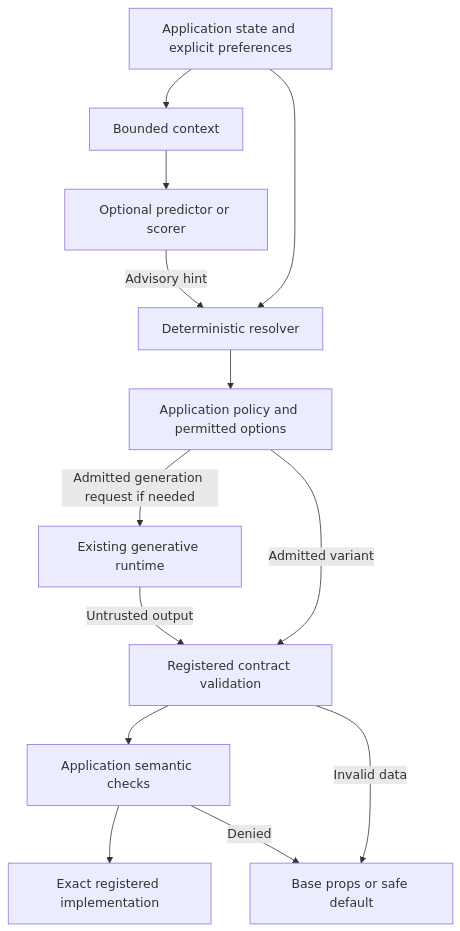
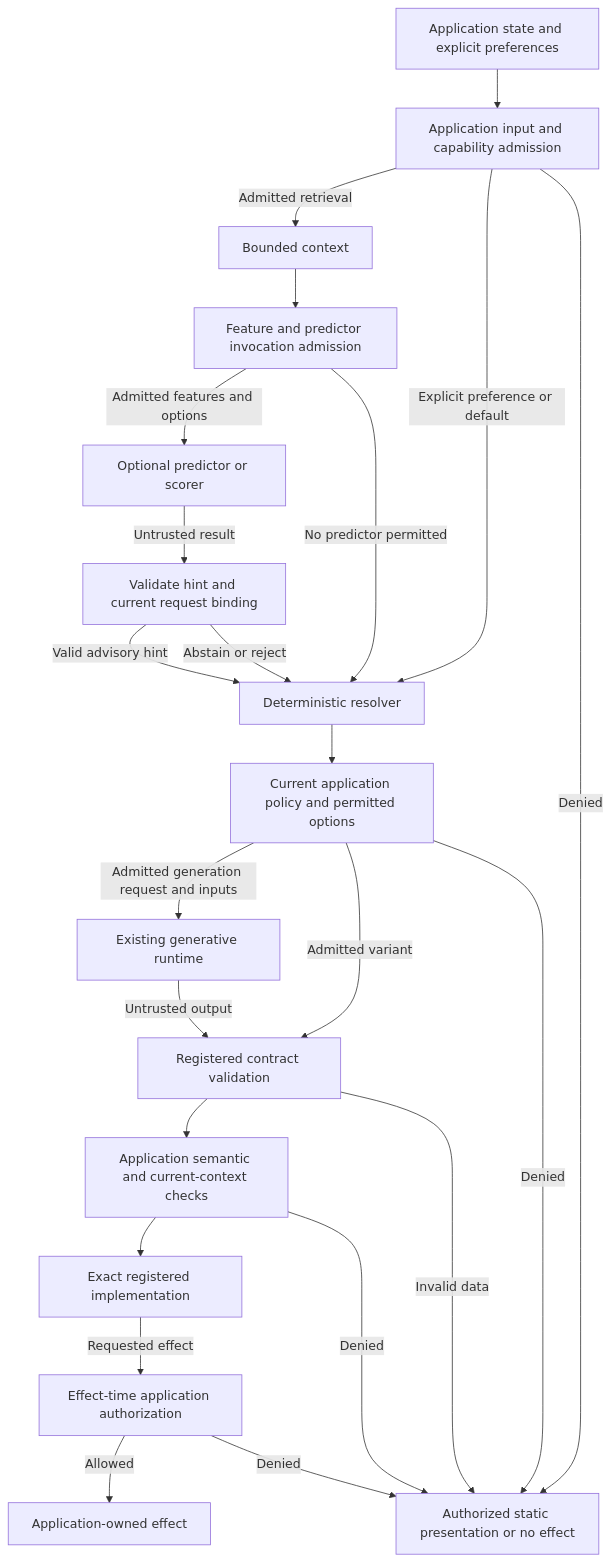
Before and after one commit to hackelia-micrantha/amaryllis: the diagram in docs/predictive-intelligence-rfc.md, drawn with Mermaid. The commit also changed other lines of this file, not shown here.

Commit message:
docs: clarify predictive intelligence admission and evaluation contracts

````diff
--- a/docs/predictive-intelligence-rfc.md
+++ b/docs/predictive-intelligence-rfc.md
@@ -29,15 +29,25 @@
 ```mermaid
 flowchart TD
-    A[Application state and explicit preferences] --> B[Bounded context]
-    A --> C[Deterministic resolver]
-    B --> P[Optional predictor or scorer]
-    P -->|Advisory hint| C
-    C --> D[Application policy and permitted options]
-    D -->|Admitted generation request if needed| L[Existing generative runtime]
+    A[Application state and explicit preferences] --> I[Application input and capability admission]
+    I -->|Admitted retrieval| B[Bounded context]
+    I -->|Explicit preference or default| C[Deterministic resolver]
+    B --> J[Feature and predictor invocation admission]
+    J -->|Admitted features and options| P[Optional predictor or scorer]
+    P -->|Untrusted result| H[Validate hint and current request binding]
+    H -->|Valid advisory hint| C
+    H -->|Abstain or reject| C
+    J -->|No predictor permitted| C
+    C --> D[Current application policy and permitted options]
+    D -->|Admitted generation request and inputs| L[Existing generative runtime]
     D -->|Admitted variant| V[Registered contract validation]
     L -->|Untrusted output| V
-    V --> E[Application semantic checks]
+    V --> E[Application semantic and current-context checks]
     E --> F[Exact registered implementation]
-    V -->|Invalid data| G[Base props or safe default]
+    F -->|Requested effect| T[Effect-time application authorization]
+    T -->|Allowed| U[Application-owned effect]
+    I -->|Denied| G[Authorized static presentation or no effect]
+    D -->|Denied| G
+    V -->|Invalid data| G
     E -->|Denied| G
+    T -->|Denied| G
 ```
````
